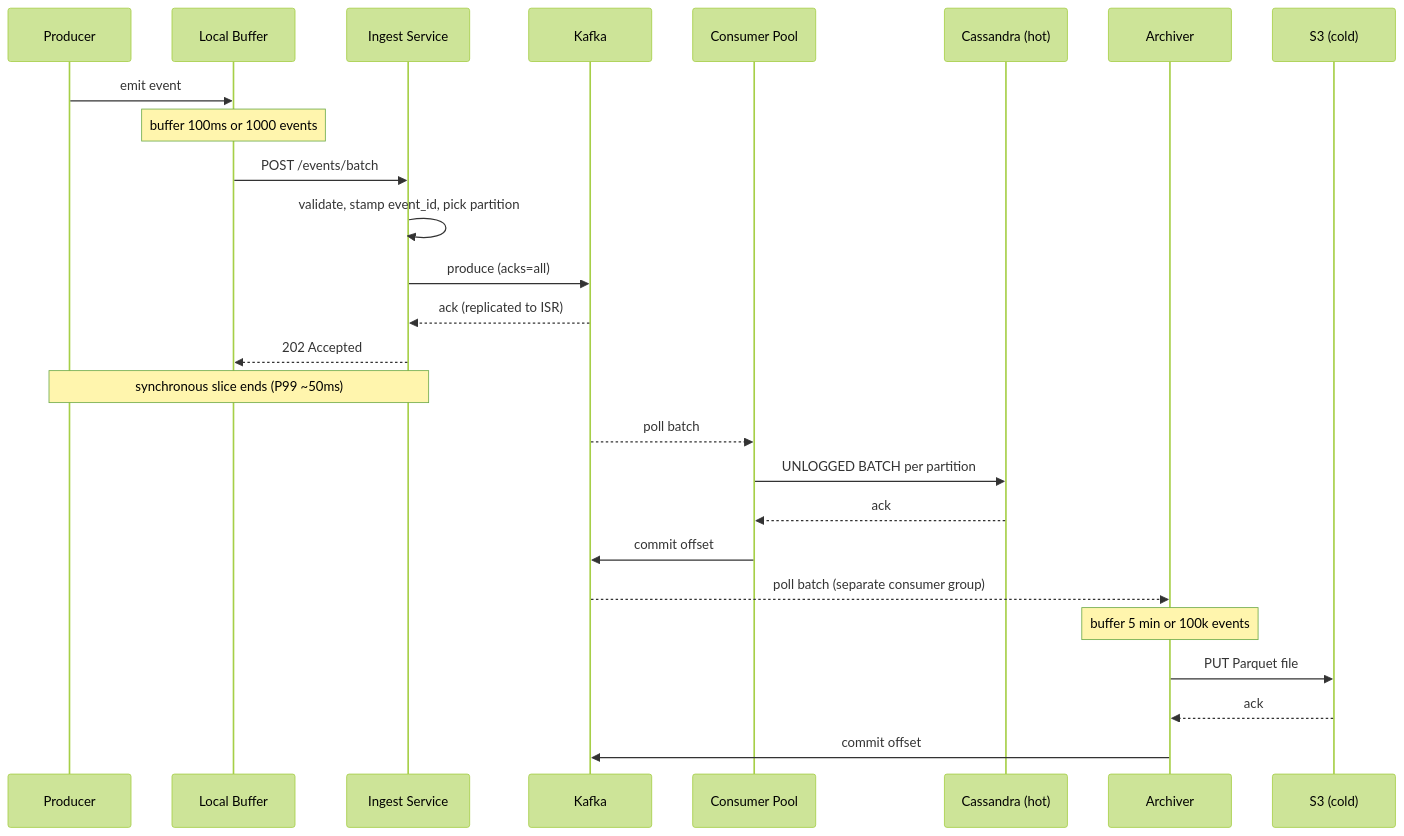
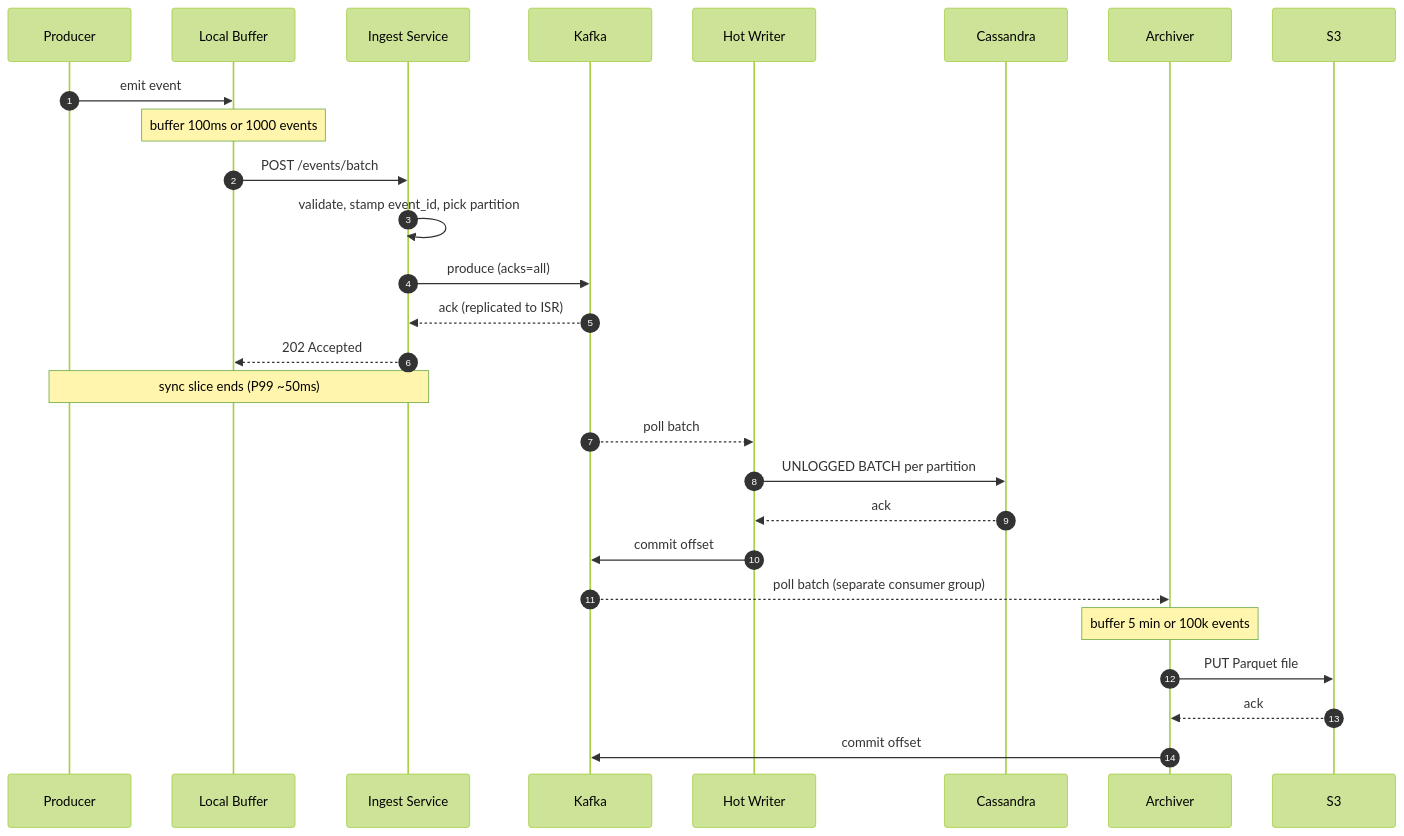
Before and after one commit to shiningflash/system-design: the tenth of 11 diagrams in problems/018-write-heavy-patterns/question.md, drawn with Mermaid (forest theme). The commit also changed other lines of this file and 38 other files, not shown here.

````diff
--- a/problems/018-write-heavy-patterns/question.md
+++ b/problems/018-write-heavy-patterns/question.md
@@ -291,31 +428,32 @@
 ```mermaid
 sequenceDiagram
+    autonumber
     participant P as Producer
     participant B as Local Buffer
     participant I as Ingest Service
     participant K as Kafka
-    participant C as Consumer Pool
-    participant Cs as Cassandra (hot)
+    participant HW as Hot Writer
+    participant Cs as Cassandra
     participant A as Archiver
-    participant S as S3 (cold)
+    participant S as S3
 
     P->>B: emit event
     Note over B: buffer 100ms or 1000 events
     B->>I: POST /events/batch
     I->>I: validate, stamp event_id, pick partition
     I->>K: produce (acks=all)
     K-->>I: ack (replicated to ISR)
     I-->>B: 202 Accepted
-    Note over P,I: synchronous slice ends (P99 ~50ms)
+    Note over P,I: sync slice ends (P99 ~50ms)
 
-    K-->>C: poll batch
-    C->>Cs: UNLOGGED BATCH per partition
-    Cs-->>C: ack
-    C->>K: commit offset
+    K-->>HW: poll batch
+    HW->>Cs: UNLOGGED BATCH per partition
+    Cs-->>HW: ack
+    HW->>K: commit offset
 
     K-->>A: poll batch (separate consumer group)
     Note over A: buffer 5 min or 100k events
     A->>S: PUT Parquet file
     S-->>A: ack
     A->>K: commit offset
 ```
````
